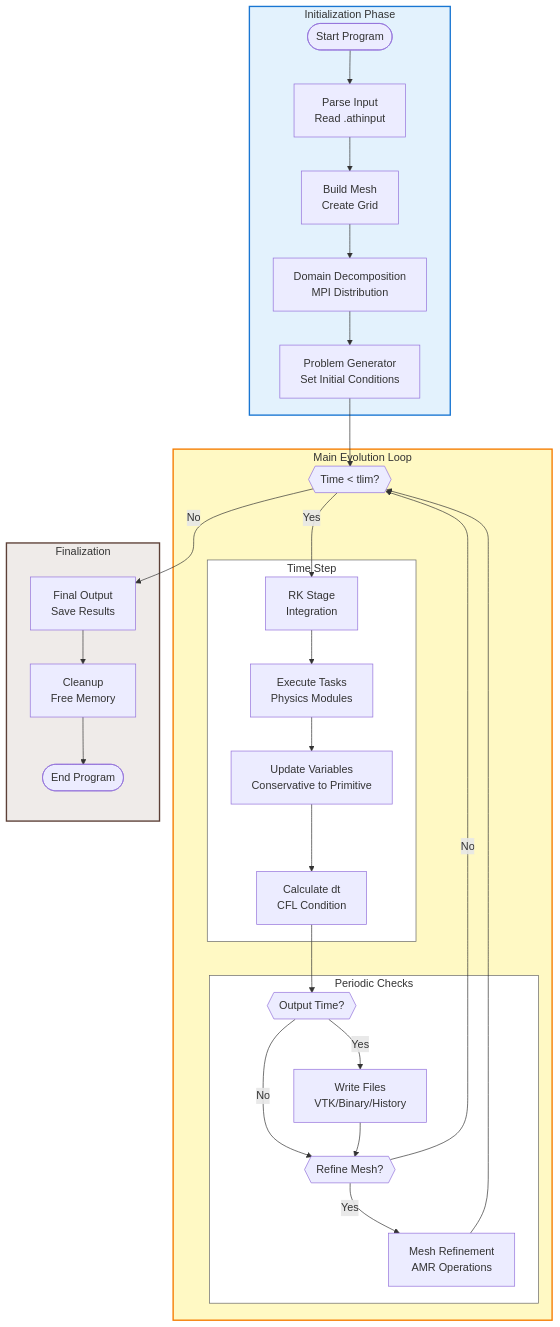
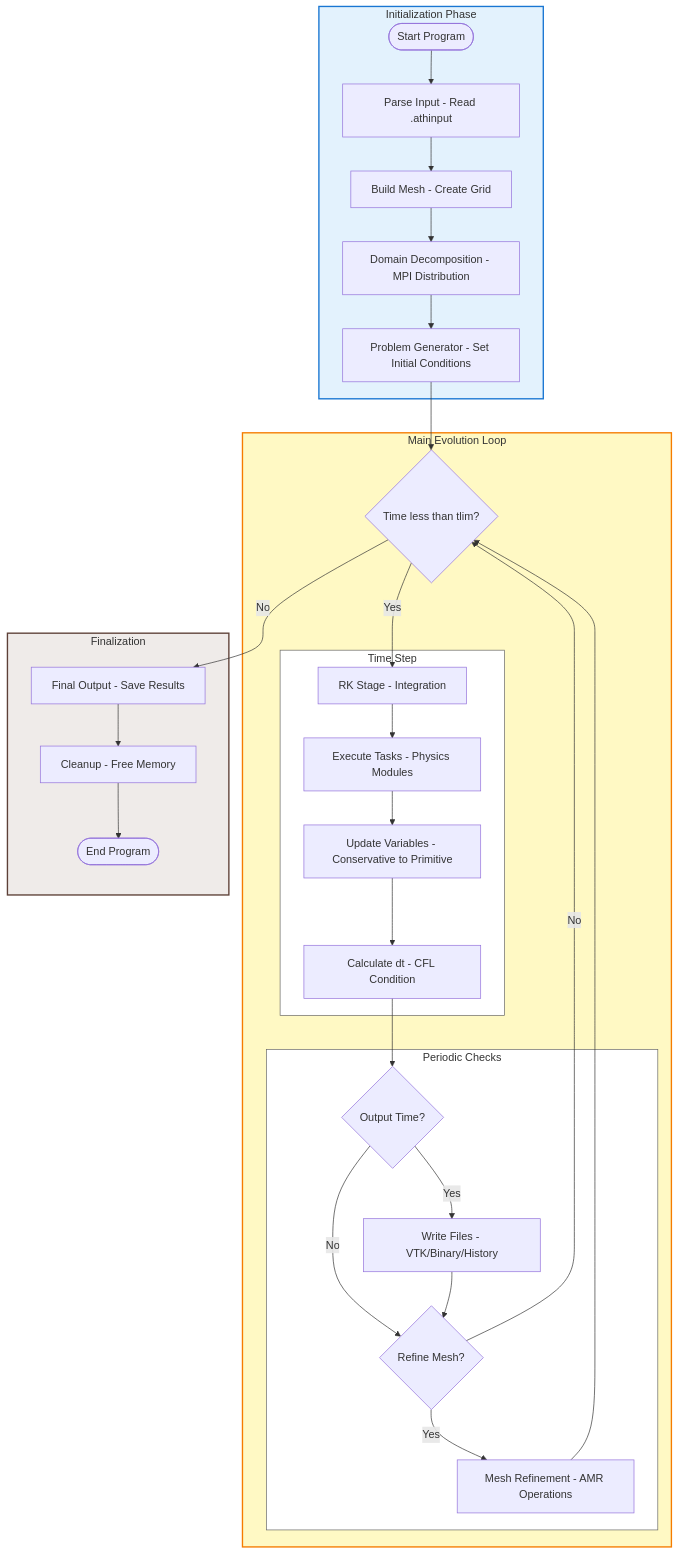
The second of 7 diagrams in docs/source/flowcharts/system_architecture.md (dfielding14/athenak), drawn with Mermaid before and after one commit. The commit also changed other lines of this file, not shown here.

First line of the commit message:
Fix Mermaid flowchart rendering issues

````diff
--- a/docs/source/flowcharts/system_architecture.md
+++ b/docs/source/flowcharts/system_architecture.md
@@ -132,68 +135,68 @@
 ```{mermaid}
 flowchart TD
-    subgraph Init["Initialization Phase"]
+    subgraph INIT[Initialization Phase]
         START([Start Program])
-        PARSE[Parse Input<br/>Read .athinput]
-        BUILD[Build Mesh<br/>Create Grid]
-        DECOMP[Domain Decomposition<br/>MPI Distribution]
-        PGEN_INIT[Problem Generator<br/>Set Initial Conditions]
+        PARSE[Parse Input - Read .athinput]
+        BUILD[Build Mesh - Create Grid]
+        DECOMP[Domain Decomposition - MPI Distribution]
+        PGEN_INIT[Problem Generator - Set Initial Conditions]
         
         START --> PARSE
         PARSE --> BUILD
         BUILD --> DECOMP
         DECOMP --> PGEN_INIT
     end
 
-    subgraph Evolution["Main Evolution Loop"]
-        LOOP{{"Time < tlim?"}}
+    subgraph EVOLUTION[Main Evolution Loop]
+        LOOP{Time less than tlim?}
         
-        subgraph TimeStep["Time Step"]
-            STAGE[RK Stage<br/>Integration]
-            TASKS_EXEC[Execute Tasks<br/>Physics Modules]
-            UPDATE[Update Variables<br/>Conservative to Primitive]
-            NEWDT[Calculate dt<br/>CFL Condition]
+        subgraph TIMESTEP[Time Step]
+            STAGE[RK Stage - Integration]
+            TASKS_EXEC[Execute Tasks - Physics Modules]
+            UPDATE[Update Variables - Conservative to Primitive]
+            NEWDT[Calculate dt - CFL Condition]
         end
         
-        subgraph Checks["Periodic Checks"]
-            OUTPUT_CHECK{{"Output Time?"}}
-            WRITE[Write Files<br/>VTK/Binary/History]
-            AMR_CHECK{{"Refine Mesh?"}}
-            REFINE[Mesh Refinement<br/>AMR Operations]
+        subgraph CHECKS[Periodic Checks]
+            OUTPUT_CHECK{Output Time?}
+            WRITE[Write Files - VTK/Binary/History]
+            AMR_CHECK{Refine Mesh?}
+            REFINE[Mesh Refinement - AMR Operations]
         end
         
         PGEN_INIT --> LOOP
         LOOP -->|Yes| STAGE
         STAGE --> TASKS_EXEC
         TASKS_EXEC --> UPDATE
         UPDATE --> NEWDT
         NEWDT --> OUTPUT_CHECK
         OUTPUT_CHECK -->|Yes| WRITE
         OUTPUT_CHECK -->|No| AMR_CHECK
         WRITE --> AMR_CHECK
         AMR_CHECK -->|Yes| REFINE
         AMR_CHECK -->|No| LOOP
         REFINE --> LOOP
     end
 
-    subgraph Finalize["Finalization"]
-        FINAL_OUT[Final Output<br/>Save Results]
-        CLEANUP[Cleanup<br/>Free Memory]
+    subgraph FINALIZE[Finalization]
+        FINAL_OUT[Final Output - Save Results]
+        CLEANUP[Cleanup - Free Memory]
         END([End Program])
         
         LOOP -->|No| FINAL_OUT
         FINAL_OUT --> CLEANUP
         CLEANUP --> END
     end
 
-    style Init fill:#e3f2fd,stroke:#1976d2,stroke-width:2px
-    style Evolution fill:#fff9c4,stroke:#f57c00,stroke-width:2px
-    style TimeStep fill:#ffffff,stroke:#666,stroke-width:1px
-    style Checks fill:#ffffff,stroke:#666,stroke-width:1px
-    style Finalize fill:#efebe9,stroke:#5d4037,stroke-width:2px
+    style INIT fill:#e3f2fd,stroke:#1976d2,stroke-width:2px
+    style EVOLUTION fill:#fff9c4,stroke:#f57c00,stroke-width:2px
+    style TIMESTEP fill:#ffffff,stroke:#666,stroke-width:1px
+    style CHECKS fill:#ffffff,stroke:#666,stroke-width:1px
+    style FINALIZE fill:#efebe9,stroke:#5d4037,stroke-width:2px
     
-    click BUILD "../modules/mesh.html" "Go to Mesh Module"
-    click PGEN_INIT "../modules/pgen.html" "Go to Problem Generators"
-    click TASKS_EXEC "../modules/tasklist.html" "Go to TaskList Module"
-    click WRITE "../modules/outputs.html" "Go to Outputs Module"
-    click REFINE "../modules/mesh.html" "Go to Mesh Module"
+    click BUILD "../modules/mesh.html"
+    click PGEN_INIT "../modules/pgen.html"
+    click TASKS_EXEC "../modules/tasklist.html"
+    click WRITE "../modules/outputs.html"
+    click REFINE "../modules/mesh.html"
 ```
````
